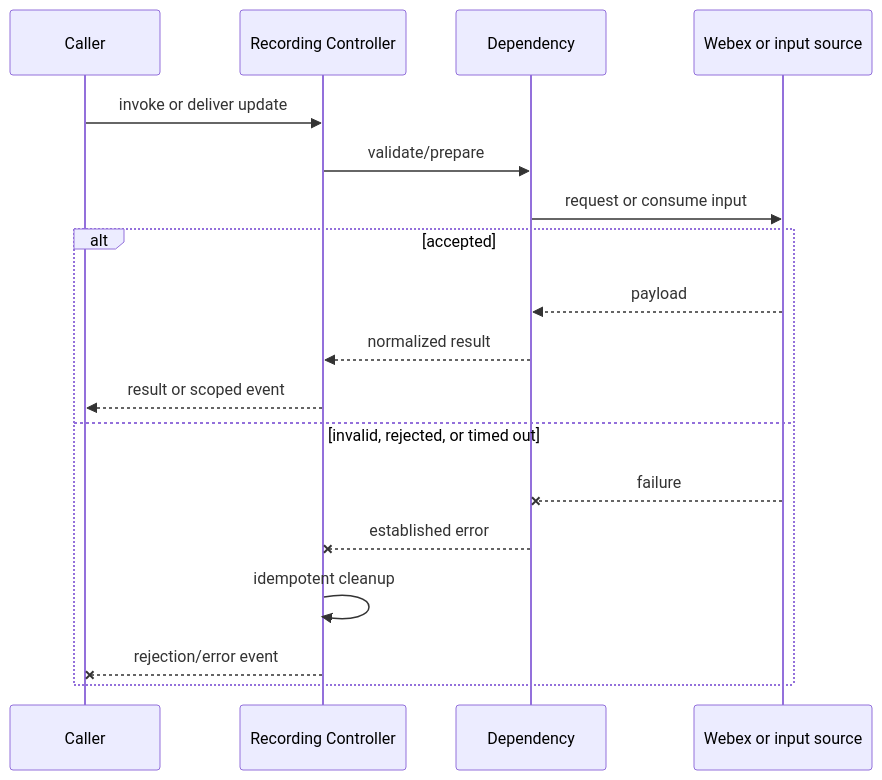
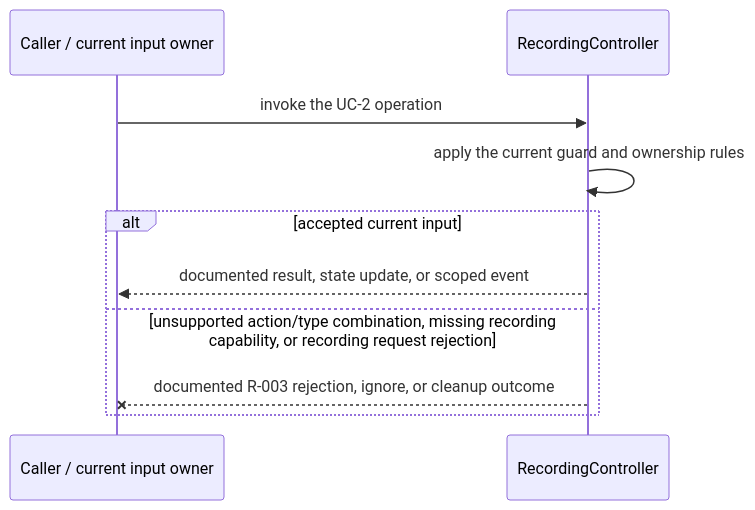
One commit to webex/webex-js-sdk changed the third of 4 diagrams in packages/@webex/plugin-meetings/src/recording-controller/ai-docs/recording-controller-spec.md. Above: the diagram before and after it, drawn with Mermaid. The commit also changed other lines of this file and 26 other files, not shown here.

````diff
--- a/packages/@webex/plugin-meetings/src/recording-controller/ai-docs/recording-controller-spec.md
+++ b/packages/@webex/plugin-meetings/src/recording-controller/ai-docs/recording-controller-spec.md
@@ -119,20 +137,12 @@
 ```mermaid
 sequenceDiagram
-  participant C as Caller
-  participant M as Recording Controller
-  participant D as Dependency
-  participant W as Webex or input source
-  C->>M: invoke or deliver update
-  M->>D: validate/prepare
-  D->>W: request or consume input
-  alt accepted
-    W-->>D: payload
-    D-->>M: normalized result
-    M-->>C: result or scoped event
-  else invalid, rejected, or timed out
-    W--xD: failure
-    D--xM: established error
-    M->>M: idempotent cleanup
-    M--xC: rejection/error event
+  participant C as Caller / current input owner
+  participant M as RecordingController
+  C->>M: invoke the UC-2 operation
+  M->>M: apply the current guard and ownership rules
+  alt accepted current input
+    M-->>C: documented result, state update, or scoped event
+  else unsupported action/type combination, missing recording capability, or recording request rejection
+    M--xC: documented R-003 rejection, ignore, or cleanup outcome
   end
 ```
````
